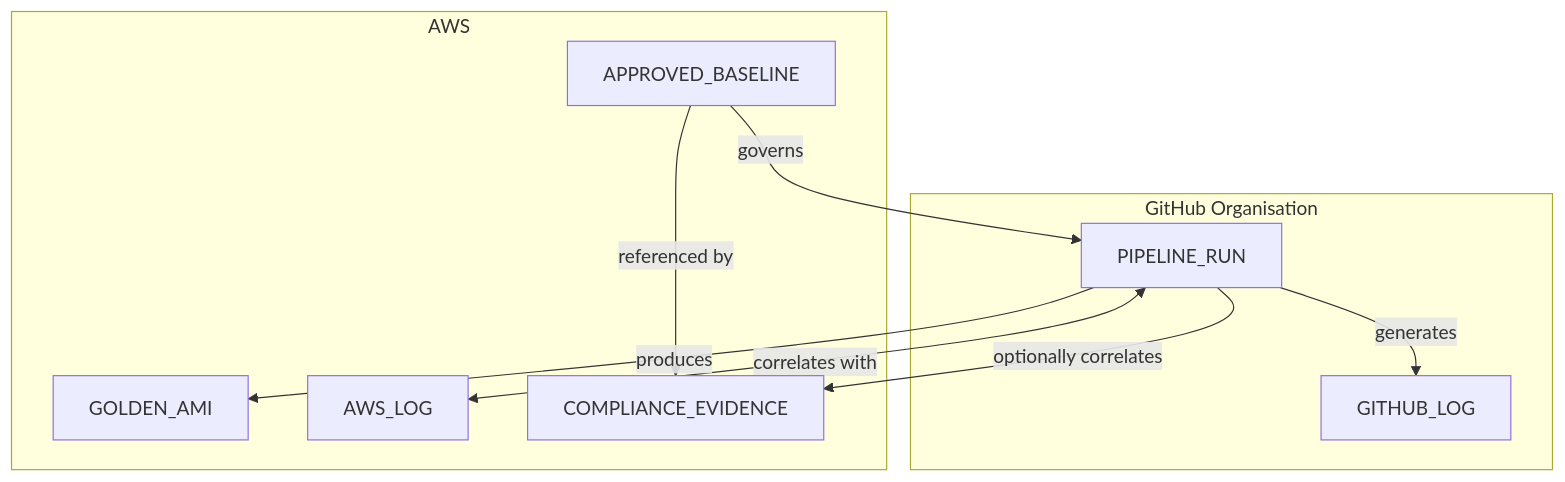
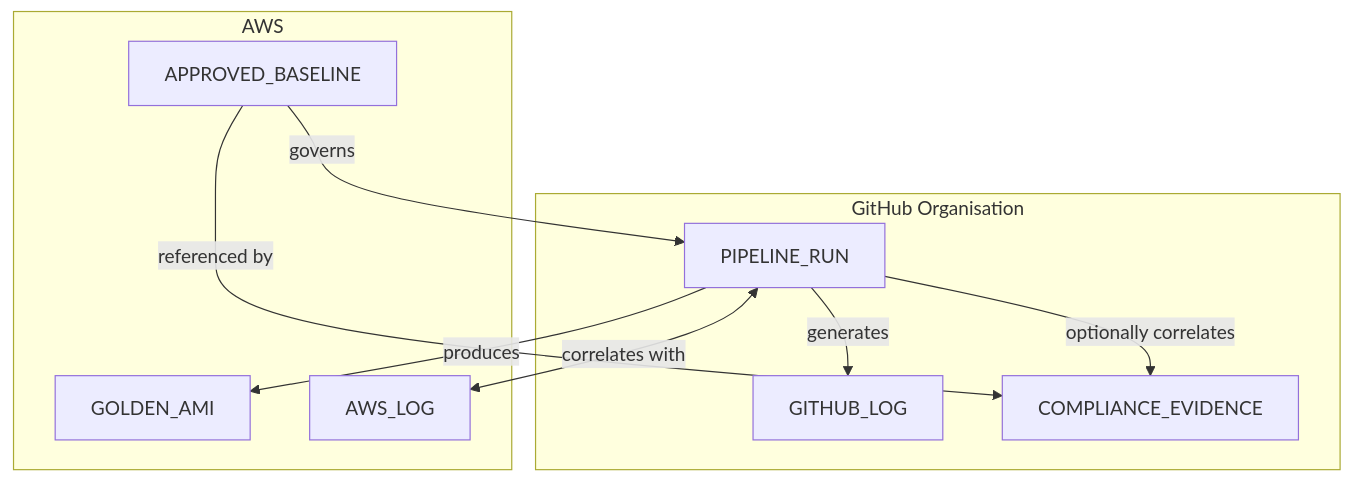
One commit to wingt903/CICD changed the diagram in architecture/data-architecture-entity-overview.mmd. Above: the diagram before and after it, drawn with Mermaid. The commit also changed other lines of this file, not shown here.

Commit message:
fix: move COMPLIANCE_EVIDENCE to GitHub box in entity overview diagram

```diff
--- a/architecture/data-architecture-entity-overview.mmd
+++ b/architecture/data-architecture-entity-overview.mmd
@@ -1,20 +1,20 @@
 flowchart TD
 
     subgraph GITHUB["GitHub Organisation"]
         PIPELINE_RUN["PIPELINE_RUN"]
         GITHUB_LOG["GITHUB_LOG"]
+        COMPLIANCE_EVIDENCE["COMPLIANCE_EVIDENCE"]
     end
 
     subgraph AWS["AWS"]
         APPROVED_BASELINE["APPROVED_BASELINE"]
         GOLDEN_AMI["GOLDEN_AMI"]
         AWS_LOG["AWS_LOG"]
-        COMPLIANCE_EVIDENCE["COMPLIANCE_EVIDENCE"]
     end
 
     APPROVED_BASELINE -- "governs" --> PIPELINE_RUN
     APPROVED_BASELINE -- "referenced by" --> COMPLIANCE_EVIDENCE
     PIPELINE_RUN -- "produces" --> GOLDEN_AMI
     PIPELINE_RUN -- "generates" --> GITHUB_LOG
     PIPELINE_RUN -- "optionally correlates" --> COMPLIANCE_EVIDENCE
     PIPELINE_RUN <-- "correlates with" --> AWS_LOG
```
